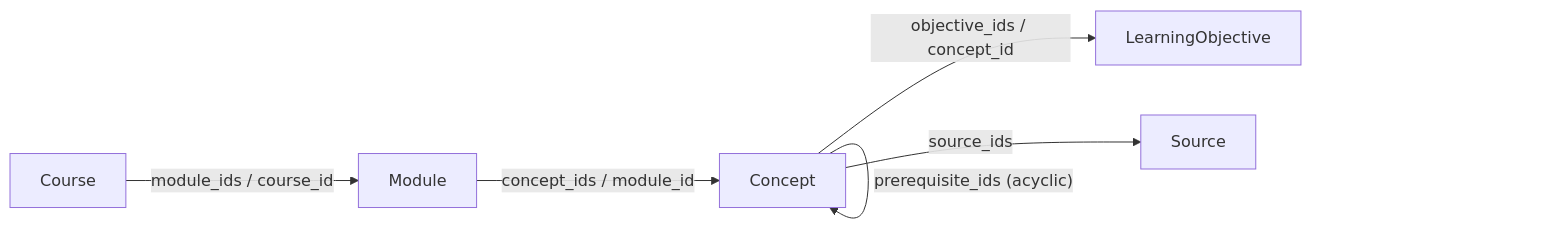
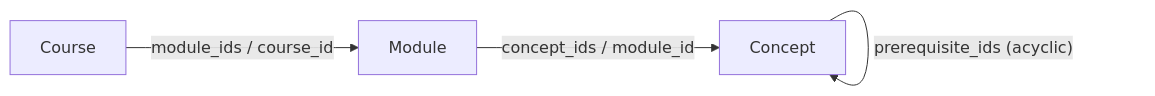
One commit to digital-professor-lab/digital-professor changed the first of 2 diagrams in specs/course-context.md. Above: the diagram before and after it, drawn with Mermaid. The commit also changed other lines of this file and 22 other files, not shown here.

Commit message:
JDP-56: trim schema to v1.1, review UI, flagger, QS builder, fix tests, update specs

````diff
--- a/specs/course-context.md
+++ b/specs/course-context.md
@@ -41,8 +42,6 @@
 ```mermaid
 flowchart LR
     Course -- "module_ids / course_id" --> Module
     Module -- "concept_ids / module_id" --> Concept
     Concept -- "prerequisite_ids (acyclic)" --> Concept
-    Concept -- "objective_ids / concept_id" --> LearningObjective
-    Concept -- "source_ids" --> Source
 ```
````
